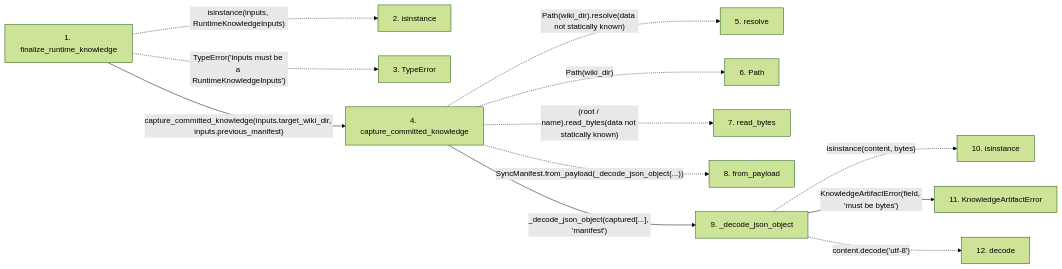
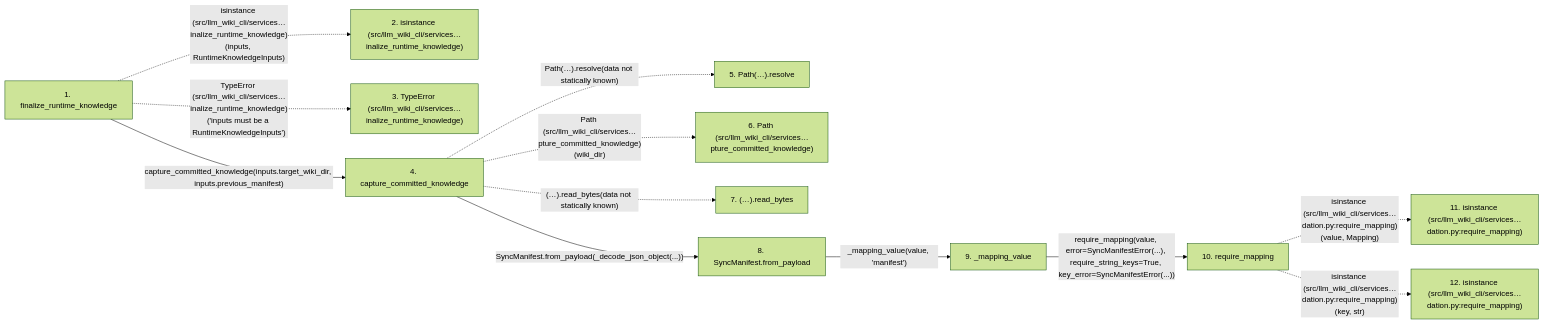
One commit to Denissvgn/python-wiki-llm changed the second of 2 diagrams in docs/llm_wiki/flows/api-finalize_runtime_knowledge.md. Above: the diagram before and after it, drawn with Mermaid (forest theme). The commit also changed other lines of this file and 719 other files, not shown here.

Commit message:
docs: refresh wiki while retaining archived workflow content

````diff
--- a/docs/llm_wiki/flows/api-finalize_runtime_knowledge.md
+++ b/docs/llm_wiki/flows/api-finalize_runtime_knowledge.md
@@ -96,30 +101,31 @@
 ```mermaid
 flowchart LR
     s1["1. finalize_runtime_knowledge"]
-    s2["2. isinstance"]
-    s3["3. TypeError"]
+    s2["2. isinstance (src/llm_wiki_cli/services…inalize_runtime_knowledge)"]
+    s3["3. TypeError (src/llm_wiki_cli/services…inalize_runtime_knowledge)"]
     s4["4. capture_committed_knowledge"]
-    s5["5. resolve"]
-    s6["6. Path"]
-    s7["7. read_bytes"]
-    s8["8. from_payload"]
-    s9["9. _decode_json_object"]
-    s10["10. isinstance"]
-    s11["11. KnowledgeArtifactError"]
-    s12["12. decode"]
-    s1 -. "isinstance(inputs, RuntimeKnowledgeInputs)" .-> s2
-    s1 -. "TypeError('inputs must be a RuntimeKnowledgeInputs')" .-> s3
+    s5["5. Path(…).resolve"]
+    s6["6. Path (src/llm_wiki_cli/services…pture_committed_knowledge)"]
+    s7["7. (…).read_bytes"]
+    s8["8. SyncManifest.from_payload"]
+    s9["9. _mapping_value"]
+    s10["10. require_mapping"]
+    s11["11. isinstance (src/llm_wiki_cli/services…dation.py:require_mapping)"]
+    s12["12. isinstance (src/llm_wiki_cli/services…dation.py:require_mapping)"]
+    s1 -. "isinstance (src/llm_wiki_cli/services…inalize_runtime_knowledge)(inputs, RuntimeKnowledgeInputs)" .-> s2
+    s1 -. "TypeError (src/llm_wiki_cli/services…inalize_runtime_knowledge)('inputs must be a RuntimeKnowledgeInputs')" .-> s3
     s1 -->|"capture_committed_knowledge(inputs.target_wiki_dir, inputs.previous_manifest)"| s4
-    s4 -. "Path(wiki_dir).resolve(data not statically known)" .-> s5
-    s4 -. "Path(wiki_dir)" .-> s6
-    s4 -. "(root / name).read_bytes(data not statically known)" .-> s7
-    s4 -. "SyncManifest.from_payload(_decode_json_object(...))" .-> s8
-    s4 -->|"_decode_json_object(captured[...], 'manifest')"| s9
-    s9 -. "isinstance(content, bytes)" .-> s10
-    s9 -->|"KnowledgeArtifactError(field, 'must be bytes')"| s11
-    s9 -. "content.decode('utf-8')" .-> s12
+    s4 -. "Path(…).resolve(data not statically known)" .-> s5
+    s4 -. "Path (src/llm_wiki_cli/services…pture_committed_knowledge)(wiki_dir)" .-> s6
+    s4 -. "(…).read_bytes(data not statically known)" .-> s7
+    s4 -->|"SyncManifest.from_payload(_decode_json_object(...))"| s8
+    s8 -->|"_mapping_value(value, 'manifest')"| s9
+    s9 -->|"require_mapping(value, error=SyncManifestError(...), require_string_keys=True, key_error=SyncManifestError(...))"| s10
+    s10 -. "isinstance (src/llm_wiki_cli/services…dation.py:require_mapping)(value, Mapping)" .-> s11
+    s10 -. "isinstance (src/llm_wiki_cli/services…dation.py:require_mapping)(key, str)" .-> s12
     click s1 "../modules/knowledge_orchestration.md"
     click s4 "../modules/knowledge_orchestration.md"
-    click s9 "../modules/knowledge_artifacts.md"
-    click s11 "../modules/knowledge_artifacts.md"
+    click s8 "../modules/sync_manifest.md"
+    click s9 "../modules/sync_manifest.md"
+    click s10 "../modules/validation.md"
 ```
````
